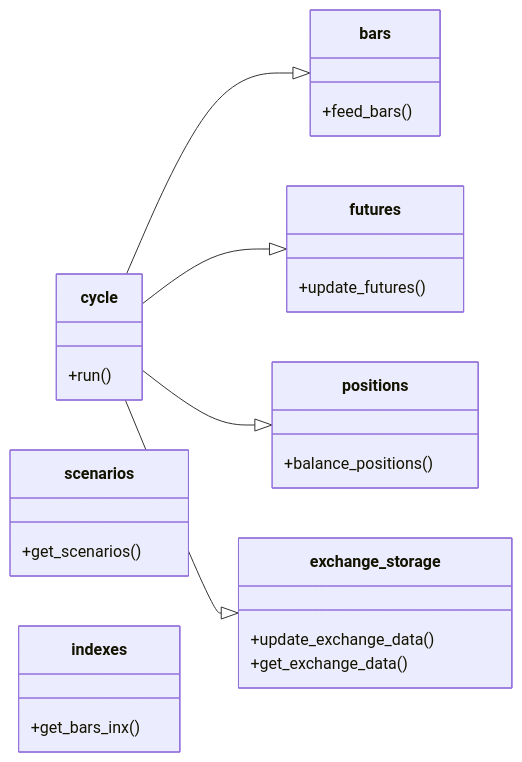
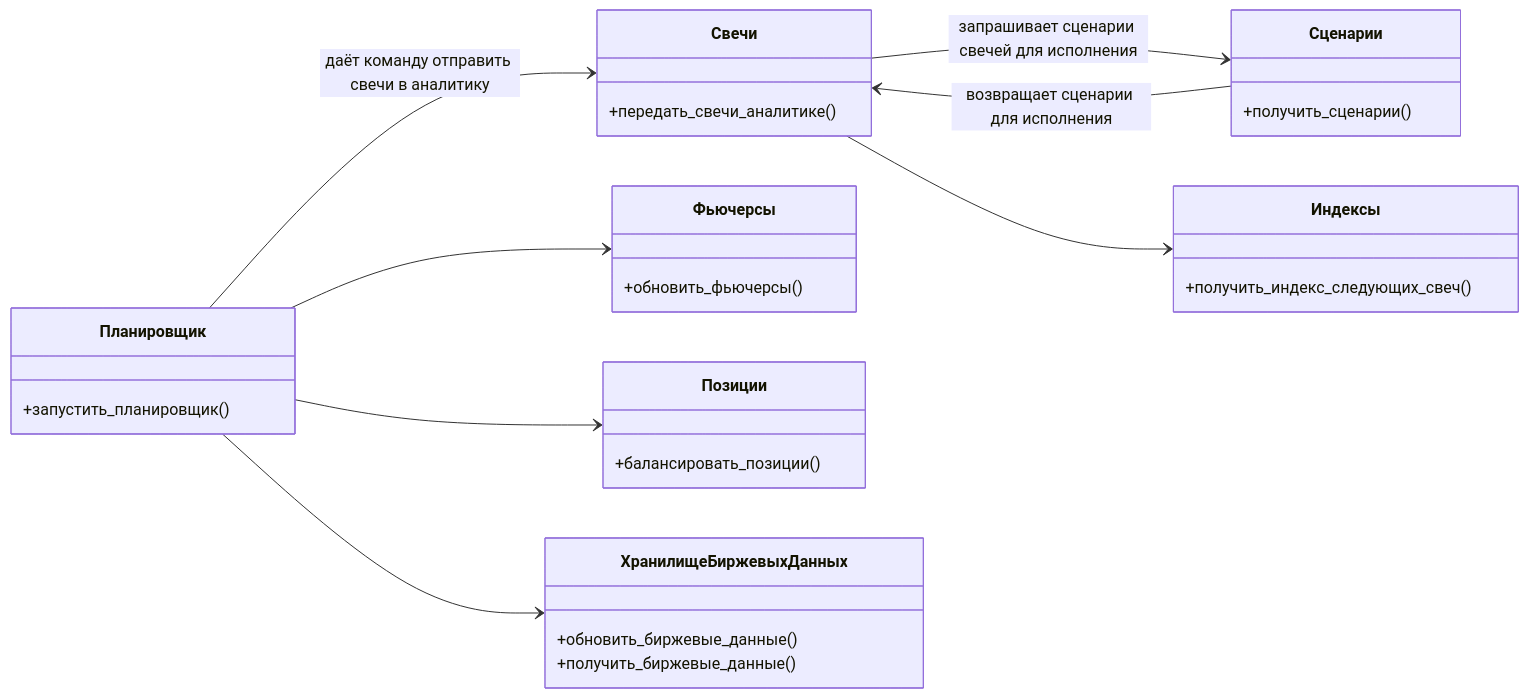
One commit to Marat22/MiriadRobotDocs changed the first of 11 diagrams in controller-logic.md. Above: the diagram before and after it, drawn with Mermaid. The commit also changed other lines of this file, not shown here.

````diff
--- a/controller-logic.md
+++ b/controller-logic.md
@@ -48,39 +48,42 @@
 ```mermaid
 classDiagram
   
   direction LR
 
-    class cycle{
-      +run()
+    class Планировщик{
+      +запустить_планировщик()
     }
 
-    class bars{
-      +feed_bars()
+    class Свечи{
+      +передать_свечи_аналитике()
     }
 
-    class scenarios{
-      +get_scenarios()
+    class Сценарии{
+      +получить_сценарии()
     }
 
-    class indexes{
-      +get_bars_inx()
+    class Индексы{
+      +получить_индекс_следующих_свеч()
     }
 
-    class futures{
-      +update_futures()
+    class Фьючерсы{
+      +обновить_фьючерсы()
     }
 
-    class positions{
-      +balance_positions()
+    class Позиции{
+      +балансировать_позиции()
     }
 
-    class exchange_storage{
-      +update_exchange_data()
-      +get_exchange_data()
+    class ХранилищеБиржевыхДанных{
+      +обновить_биржевые_данные()
+      +получить_биржевые_данные()
     }
 
-    cycle --|> bars
-    cycle --|> futures
-    cycle --|> positions
-    cycle --|> exchange_storage
+    Планировщик --> Свечи : даёт команду отправить свечи в аналитику
+    Свечи --> Сценарии : запрашивает сценарии свечей для исполнения
+    Сценарии --> Свечи : возвращает сценарии для исполнения
+    Свечи --> Индексы
+    Планировщик --> Фьючерсы
+    Планировщик --> Позиции
+    Планировщик --> ХранилищеБиржевыхДанных
 ```
````
